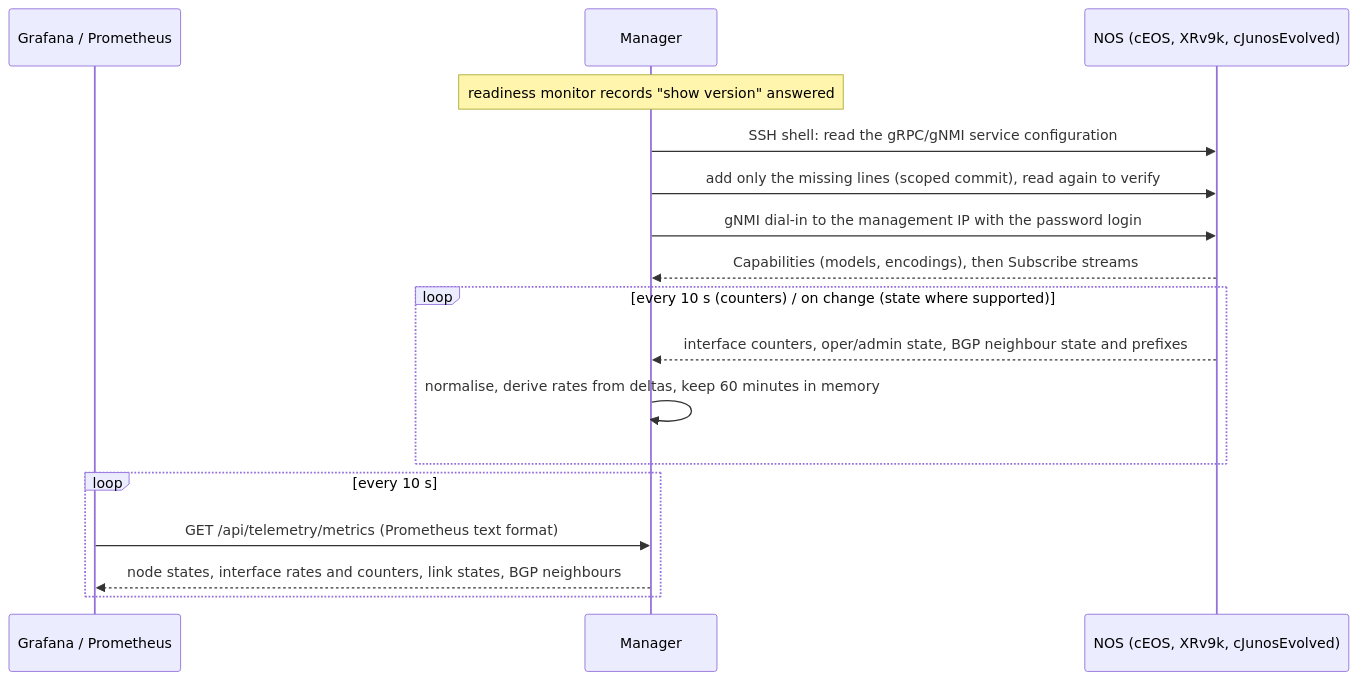
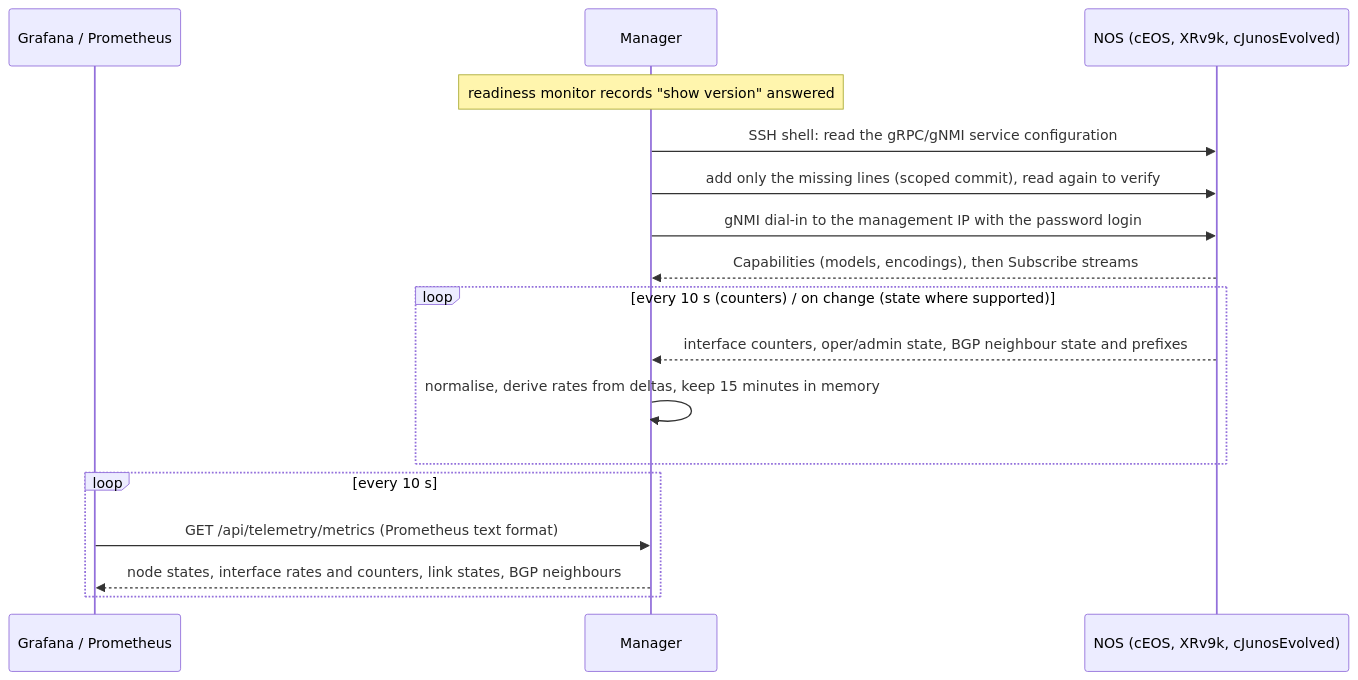
The diagram in docs/TELEMETRY.md (ArchRuger/CLAB-BACKUP-WORKER-v2), drawn with Mermaid before and after one commit. The commit also changed other lines of this file and 62 other files, not shown here.

````diff
--- a/docs/TELEMETRY.md
+++ b/docs/TELEMETRY.md
@@ -36,19 +49,19 @@
 ```mermaid
 sequenceDiagram
     participant G as Grafana / Prometheus
     participant M as Manager
     participant N as NOS (cEOS, XRv9k, cJunosEvolved)
     Note over M: readiness monitor records "show version" answered
     M->>N: SSH shell: read the gRPC/gNMI service configuration
     M->>N: add only the missing lines (scoped commit), read again to verify
     M->>N: gNMI dial-in to the management IP with the password login
     N-->>M: Capabilities (models, encodings), then Subscribe streams
     loop every 10 s (counters) / on change (state where supported)
         N-->>M: interface counters, oper/admin state, BGP neighbour state and prefixes
-        M->>M: normalise, derive rates from deltas, keep 60 minutes in memory
+        M->>M: normalise, derive rates from deltas, keep 15 minutes in memory
     end
     loop every 10 s
         G->>M: GET /api/telemetry/metrics (Prometheus text format)
         M-->>G: node states, interface rates and counters, link states, BGP neighbours
     end
 ```
````
